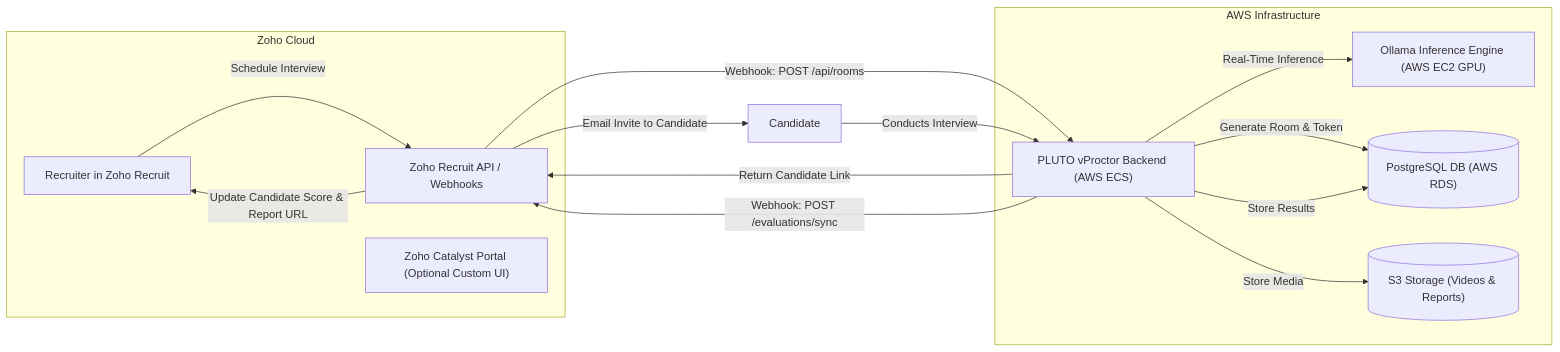
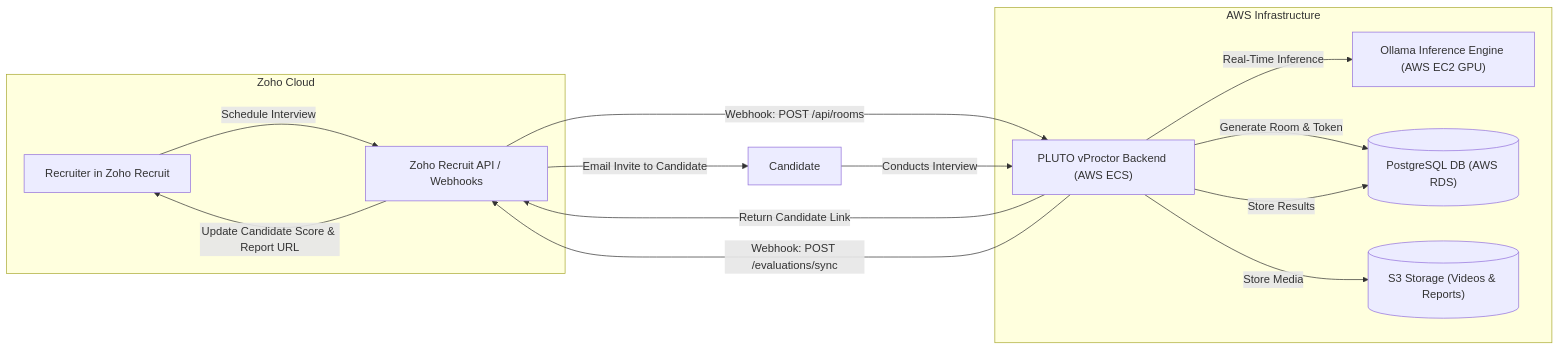
Before and after one commit to Sarthak-1229/PLUTO-vProctor: the second of 2 diagrams in docs/PRE_DEPLOYMENT_READINESS_REPORT.md, drawn with Mermaid. The commit also changed other lines of this file and 49 other files, not shown here.

````diff
--- a/docs/PRE_DEPLOYMENT_READINESS_REPORT.md
+++ b/docs/PRE_DEPLOYMENT_READINESS_REPORT.md
@@ -123,29 +123,28 @@
 ```mermaid
 flowchart LR
     subgraph Zoho Cloud
         Recruiter["Recruiter in Zoho Recruit"]
         ZR["Zoho Recruit API / Webhooks"]
-        ZC["Zoho Catalyst Portal (Optional Custom UI)"]
     end
 
     subgraph AWS Infrastructure
         API["PLUTO vProctor Backend (AWS ECS)"]
         AI["Ollama Inference Engine (AWS EC2 GPU)"]
         DB[("PostgreSQL DB (AWS RDS)")]
         MEDIA[("S3 Storage (Videos & Reports)")]
     end
 
     Recruiter -->|Schedule Interview| ZR
     ZR -->|Webhook: POST /api/rooms| API
     API -->|Generate Room & Token| DB
     API -->|Return Candidate Link| ZR
     ZR -->|Email Invite to Candidate| Candidate["Candidate"]
 
     Candidate -->|Conducts Interview| API
     API -->|Real-Time Inference| AI
     API -->|Store Media| MEDIA
     API -->|Store Results| DB
 
     API -->|Webhook: POST /evaluations/sync| ZR
     ZR -->|Update Candidate Score & Report URL| Recruiter
 ```
````
